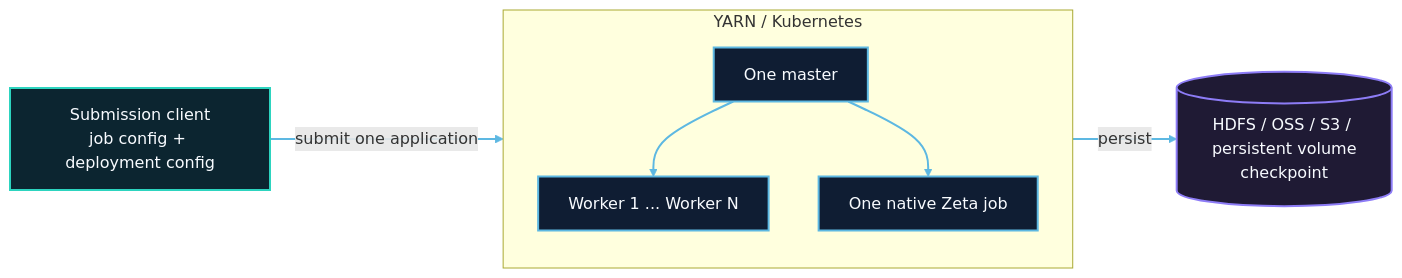
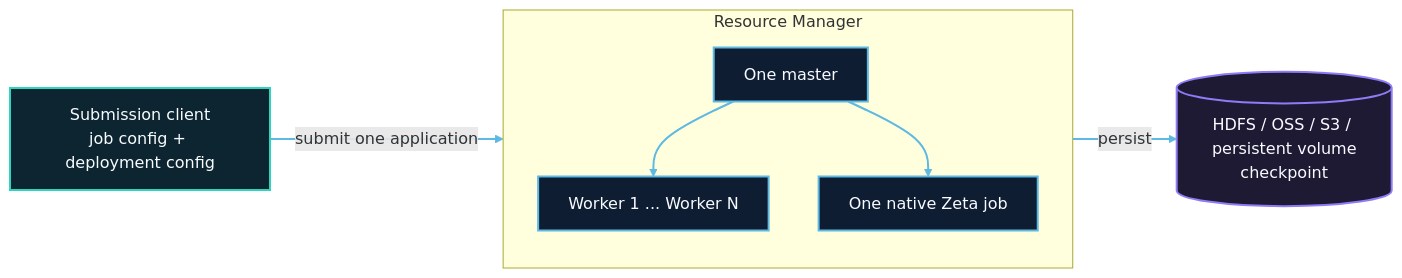
The diagram in docs/en/getting-started/application/overview.md (apache/seatunnel), drawn with Mermaid before and after one commit. The commit also changed 3 other files, not shown here.

Commit message:
[Docs][Zeta] Use resource manager in the application mode architecture diagram

````diff
--- a/docs/en/getting-started/application/overview.md
+++ b/docs/en/getting-started/application/overview.md
@@ -12,26 +12,26 @@
 ```mermaid
 flowchart LR
     client["Submission client<br/>job config + deployment config"]
 
-    subgraph platform["YARN / Kubernetes"]
+    subgraph platform["Resource Manager"]
         direction TB
         master["One master"]
         workers["Worker 1 ... Worker N"]
         job["One native Zeta job"]
         master --> workers
         master --> job
     end
 
     checkpoint[("HDFS / OSS / S3 / persistent volume<br/>checkpoint")]
 
     client -->|submit one application| master
     job -->|persist| checkpoint
 
     classDef layerBlue fill:#0f1d33,stroke:#5db8e2,stroke-width:2px,color:#f8fbff;
     classDef layerCyan fill:#0c2530,stroke:#2dd4bf,stroke-width:2px,color:#f8fbff;
     classDef layerPurple fill:#1f1a34,stroke:#8d7cf6,stroke-width:2px,color:#f8fbff;
     class client layerCyan;
     class master,workers,job layerBlue;
     class checkpoint layerPurple;
     linkStyle default stroke:#5db8e2,stroke-width:2px;
 ```
````
